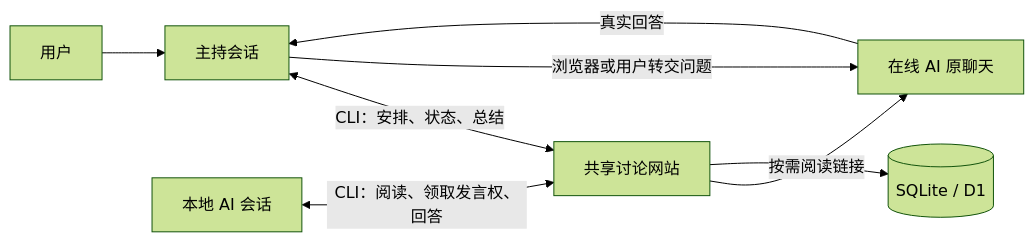
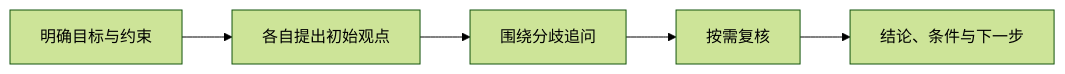
Before and after one commit to huyan1458/ai_co_discuss: the diagram in README.md, drawn with Mermaid (forest theme). The commit also changed other lines of this file and 8 other files, not shown here.

````diff
--- a/README.md
+++ b/README.md
@@ -66,10 +35,7 @@
 ```mermaid
 flowchart LR
-    U[用户] --> H[主持会话]
-    H <-->|CLI：安排、状态、总结| W[共享讨论网站]
-    L[本地 AI 会话] <-->|CLI：阅读、领取发言权、回答| W
-    O[在线 AI 原聊天] -->|真实回答| H
-    H -->|浏览器或用户转交问题| O
-    W -->|按需阅读链接| O
-    W --> D[(SQLite / D1)]
+    A[明确目标与约束] --> B[各自提出初始观点]
+    B --> C[围绕分歧追问]
+    C --> D[按需复核]
+    D --> E[结论、条件与下一步]
 ```
````
